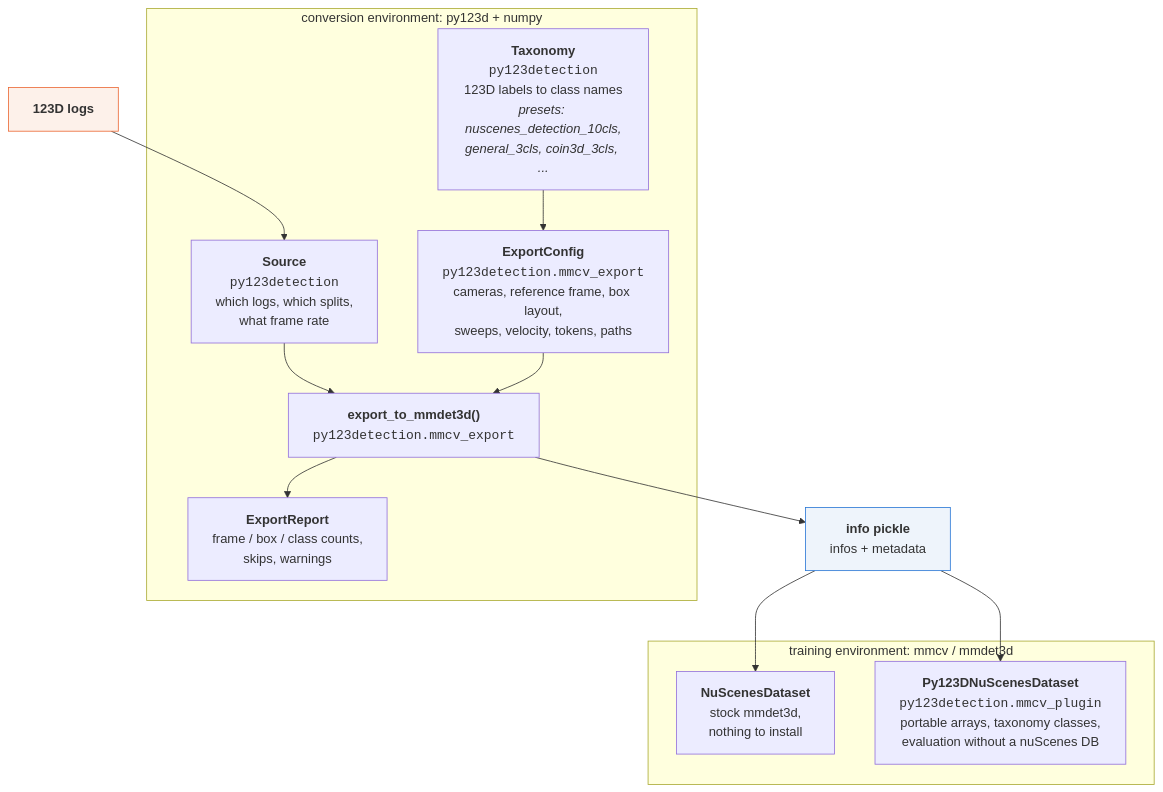
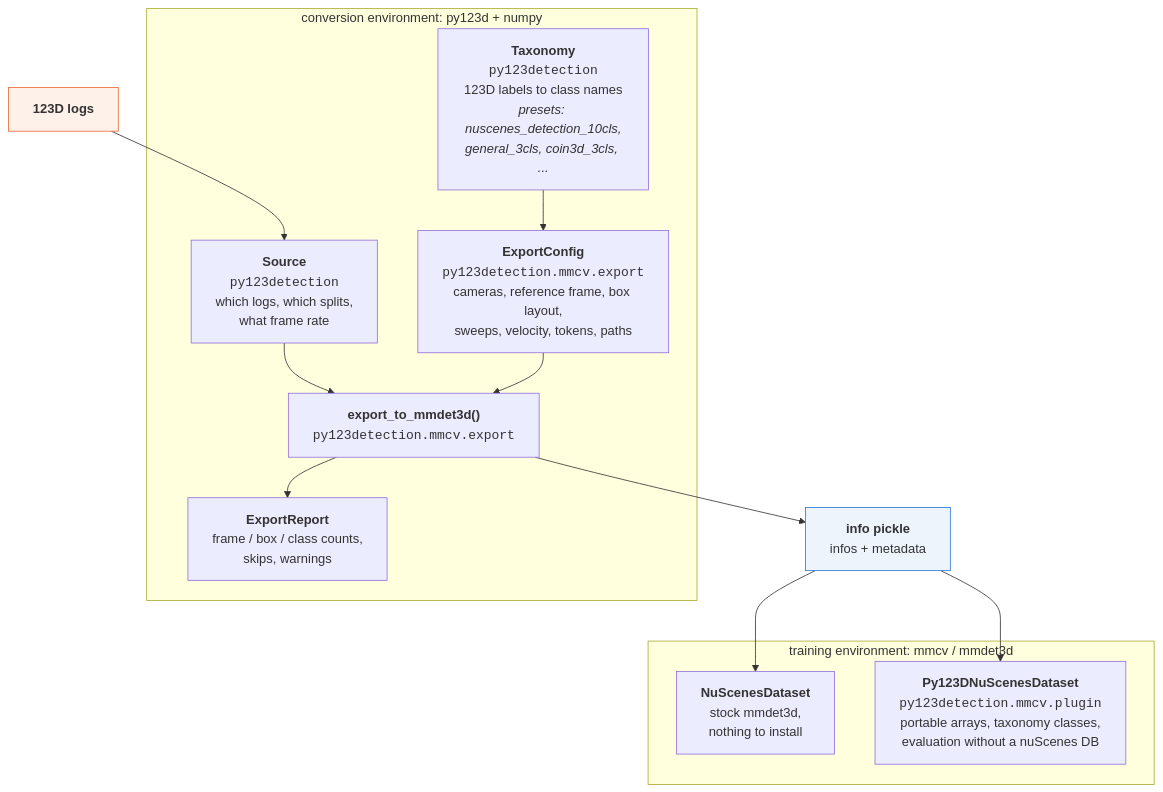
Before and after one commit to Irish-77/py123detection: the second of 2 diagrams in docs/index.md, drawn with Mermaid. The commit also changed other lines of this file and 134 other files, not shown here.

````diff
--- a/docs/index.md
+++ b/docs/index.md
@@ -54,30 +54,30 @@
 ```mermaid
 flowchart TD
     LOGS["<b>123D logs</b>"] --> SRC
 
     subgraph EXPORTENV ["conversion environment: py123d + numpy"]
         SRC["<b>Source</b><br/><code>py123detection</code><br/>which logs, which splits,<br/>what frame rate"]
         TAX["<b>Taxonomy</b><br/><code>py123detection</code><br/>123D labels to class names<br/><i>presets: nuscenes_detection_10cls,<br/>general_3cls, coin3d_3cls, ...</i>"]
-        CONF["<b>ExportConfig</b><br/><code>py123detection.mmcv_export</code><br/>cameras, reference frame, box layout,<br/>sweeps, velocity, tokens, paths"]
-        RUN["<b>export_to_mmdet3d()</b><br/><code>py123detection.mmcv_export</code>"]
+        CONF["<b>ExportConfig</b><br/><code>py123detection.mmcv.export</code><br/>cameras, reference frame, box layout,<br/>sweeps, velocity, tokens, paths"]
+        RUN["<b>export_to_mmdet3d()</b><br/><code>py123detection.mmcv.export</code>"]
         REP["<b>ExportReport</b><br/>frame / box / class counts,<br/>skips, warnings"]
 
         SRC --> RUN
         TAX --> CONF
         CONF --> RUN
         RUN --> REP
     end
 
     RUN --> PKL["<b>info pickle</b><br/>infos + metadata"]
 
     subgraph TRAINENV ["training environment: mmcv / mmdet3d"]
         STOCK["<b>NuScenesDataset</b><br/>stock mmdet3d,<br/>nothing to install"]
-        PLUG["<b>Py123DNuScenesDataset</b><br/><code>py123detection.mmcv_plugin</code><br/>portable arrays, taxonomy classes,<br/>evaluation without a nuScenes DB"]
+        PLUG["<b>Py123DNuScenesDataset</b><br/><code>py123detection.mmcv.plugin</code><br/>portable arrays, taxonomy classes,<br/>evaluation without a nuScenes DB"]
     end
 
     PKL --> STOCK
     PKL --> PLUG
 
     style PKL fill:#eef4fb,stroke:#2a78d6
     style LOGS fill:#fdf1ea,stroke:#eb6834
 ```
````
